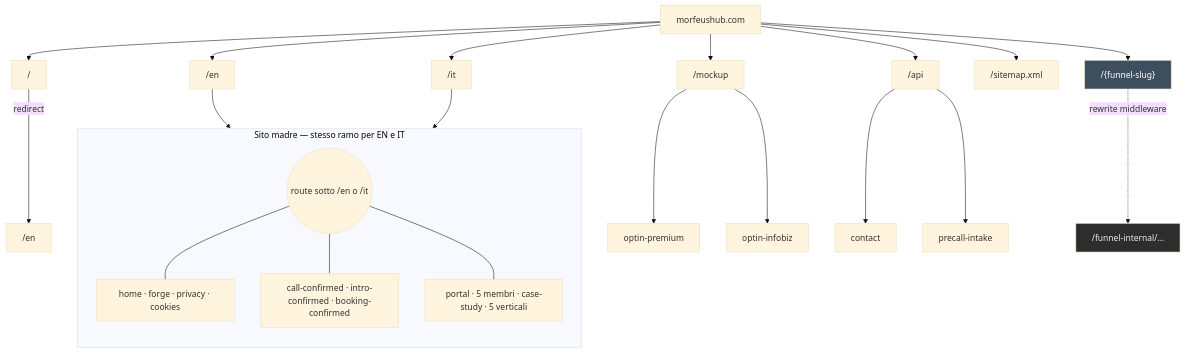
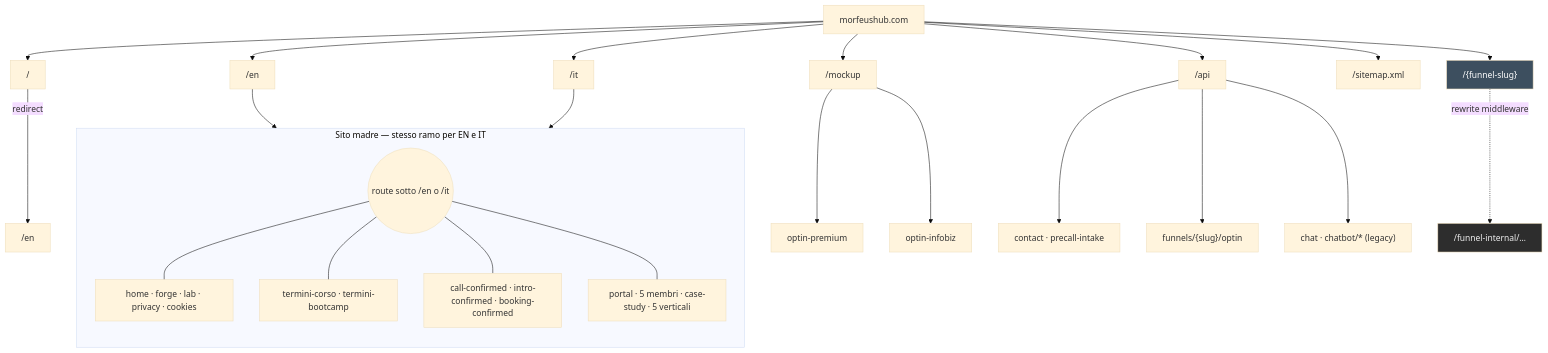
The first of 3 diagrams in docs/site-tree.md (mattarna/morfeus-website), drawn with Mermaid (base theme) before and after one commit. The commit also changed other lines of this file, not shown here.

````diff
--- a/docs/site-tree.md
+++ b/docs/site-tree.md
@@ -137,37 +152,39 @@
 ```mermaid
 flowchart TB
   DOM["morfeushub.com"]
 
   DOM --> ROOT["/"]
   ROOT -->|"redirect"| EN_DEFAULT["/en"]
 
   DOM --> EN["/en"]
   DOM --> IT["/it"]
 
   subgraph LOC["Sito madre — stesso ramo per EN e IT"]
     direction TB
     HUB((route sotto /en o /it))
-    HUB --- G1["home · forge · privacy · cookies"]
+    HUB --- G1["home · forge · lab · privacy · cookies"]
+    HUB --- G1B["termini-corso · termini-bootcamp"]
     HUB --- G2["call-confirmed · intro-confirmed · booking-confirmed"]
     HUB --- G3["portal · 5 membri · case-study · 5 verticali"]
   end
 
   EN --> LOC
   IT --> LOC
 
   DOM --> MOCK["/mockup"]
   MOCK --> M1["optin-premium"]
   MOCK --> M2["optin-infobiz"]
 
   DOM --> API["/api"]
-  API --> AC["contact"]
-  API --> PR["precall-intake"]
+  API --> AC["contact · precall-intake"]
+  API --> AF["funnels/{slug}/optin"]
+  API --> ACB["chat · chatbot/* (legacy)"]
 
   DOM --> SMAP["/sitemap.xml"]
 
   DOM --> FUN["/{funnel-slug}"]
   FUN -.->|"rewrite middleware"| INTERNAL["/funnel-internal/…"]
 
   style INTERNAL fill:#2d2d2d,color:#eee
   style FUN fill:#3d4f5f,color:#fff
 ```
````
